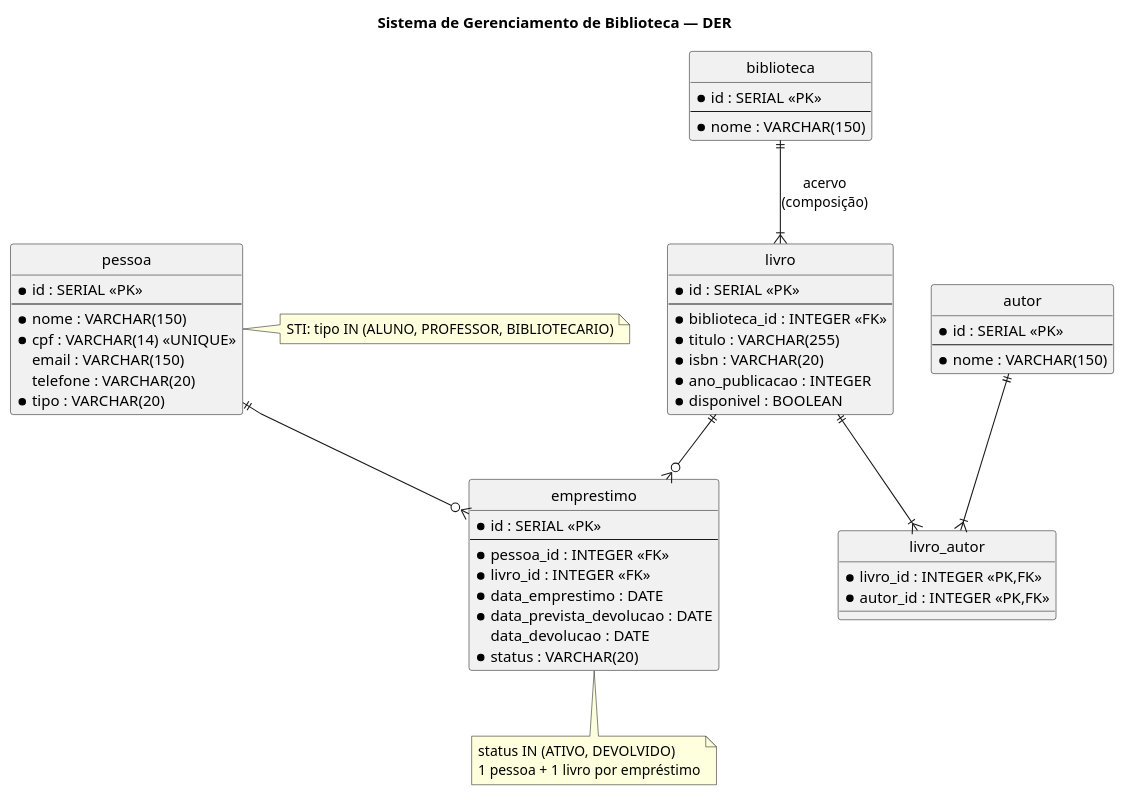
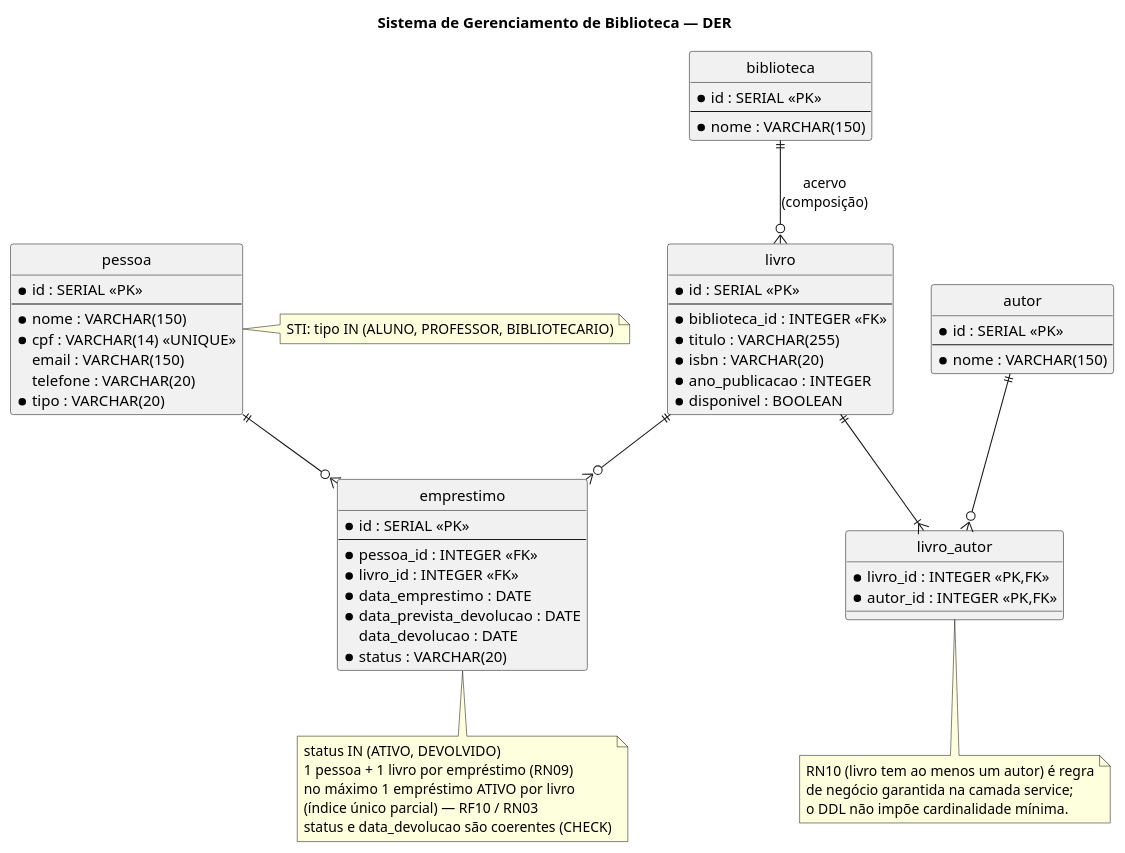
The diagram in docs/der/der.puml (gianluccapimentel/trabalhoAEP2026.2), drawn with PlantUML before and after one commit. The commit also changed 11 other files, not shown here.

First line of the commit message:
docs: revisa DER e schema da primeira entrega

```diff
--- a/docs/der/der.puml
+++ b/docs/der/der.puml
@@ -1,70 +1,79 @@
 @startuml der
 title Sistema de Gerenciamento de Biblioteca — DER
 hide circle
 skinparam linetype polyline
 skinparam shadowing false
 
 entity "biblioteca" as biblioteca {
   * id : SERIAL <<PK>>
   --
   * nome : VARCHAR(150)
 }
 
 entity "pessoa" as pessoa {
   * id : SERIAL <<PK>>
   --
   * nome : VARCHAR(150)
   * cpf : VARCHAR(14) <<UNIQUE>>
   email : VARCHAR(150)
   telefone : VARCHAR(20)
   * tipo : VARCHAR(20)
 }
 
 entity "livro" as livro {
   * id : SERIAL <<PK>>
   --
   * biblioteca_id : INTEGER <<FK>>
   * titulo : VARCHAR(255)
   * isbn : VARCHAR(20)
   * ano_publicacao : INTEGER
   * disponivel : BOOLEAN
 }
 
 entity "autor" as autor {
   * id : SERIAL <<PK>>
   --
   * nome : VARCHAR(150)
 }
 
 entity "livro_autor" as livro_autor {
   * livro_id : INTEGER <<PK,FK>>
   * autor_id : INTEGER <<PK,FK>>
 }
 
 entity "emprestimo" as emprestimo {
   * id : SERIAL <<PK>>
   --
   * pessoa_id : INTEGER <<FK>>
   * livro_id : INTEGER <<FK>>
   * data_emprestimo : DATE
   * data_prevista_devolucao : DATE
   data_devolucao : DATE
   * status : VARCHAR(20)
 }
 
-biblioteca ||--|{ livro : acervo\n(composição)
+biblioteca ||--o{ livro : acervo\n(composição)
 pessoa ||--o{ emprestimo
 livro ||--o{ emprestimo
 livro ||--|{ livro_autor
-autor ||--|{ livro_autor
+autor ||--o{ livro_autor
 
 note right of pessoa
   STI: tipo IN (ALUNO, PROFESSOR, BIBLIOTECARIO)
 end note
 
 note bottom of emprestimo
   status IN (ATIVO, DEVOLVIDO)
-  1 pessoa + 1 livro por empréstimo
+  1 pessoa + 1 livro por empréstimo (RN09)
+  no máximo 1 empréstimo ATIVO por livro
+  (índice único parcial) — RF10 / RN03
+  status e data_devolucao são coerentes (CHECK)
+end note
+
+note bottom of livro_autor
+  RN10 (livro tem ao menos um autor) é regra
+  de negócio garantida na camada service;
+  o DDL não impõe cardinalidade mínima.
 end note
 
 @enduml
```
